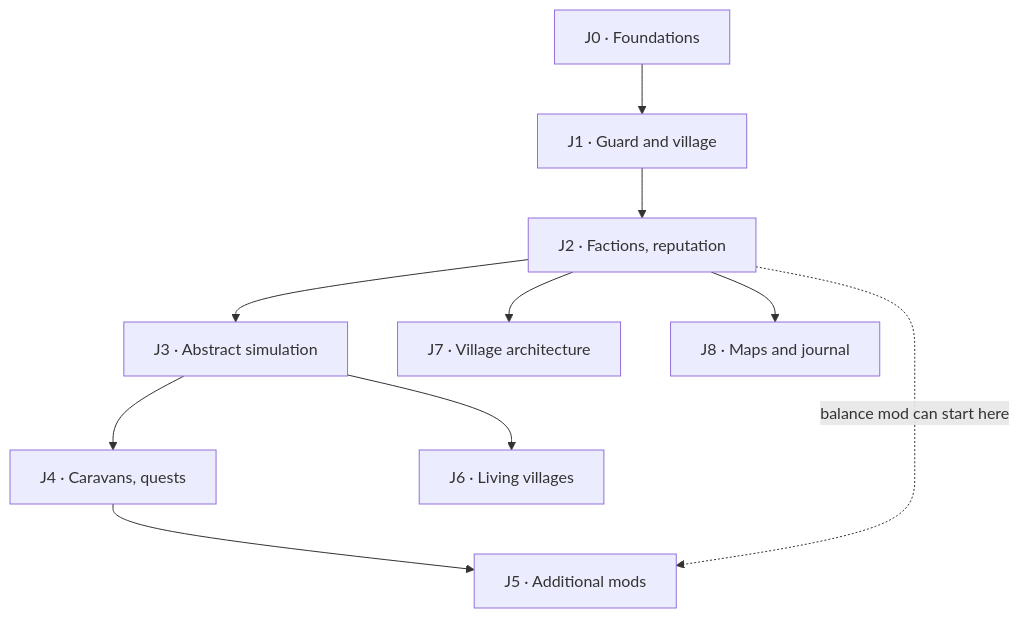
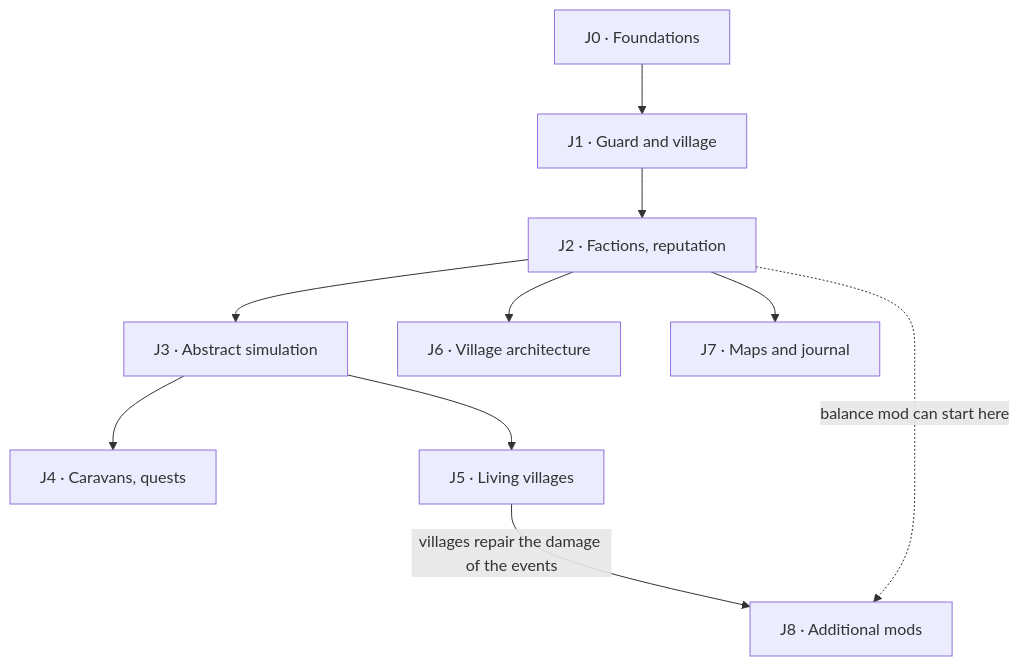
One commit to nicolas-goyon/Folkhold changed the second of 2 diagrams in docs/design.md. Above: the diagram before and after it, drawn with Mermaid. The commit also changed other lines of this file, not shown here.

````diff
--- a/docs/design.md
+++ b/docs/design.md
@@ -691,12 +692,12 @@
 ```mermaid
 flowchart TB
     J0["J0 · Foundations"] --> J1["J1 · Guard and village"]
     J1 --> J2["J2 · Factions, reputation"]
     J2 --> J3["J3 · Abstract simulation"]
     J3 --> J4["J4 · Caravans, quests"]
-    J4 --> J5["J5 · Additional mods"]
-    J2 -. "balance mod can start here" .-> J5
-    J3 --> J6["J6 · Living villages"]
-    J2 --> J7["J7 · Village architecture"]
-    J2 --> J8["J8 · Maps and journal"]
+    J3 --> J5["J5 · Living villages"]
+    J2 --> J6["J6 · Village architecture"]
+    J2 --> J7["J7 · Maps and journal"]
+    J5 -- "villages repair the damage of the events" --> J8["J8 · Additional mods"]
+    J2 -. "balance mod can start here" .-> J8
 ```
````
